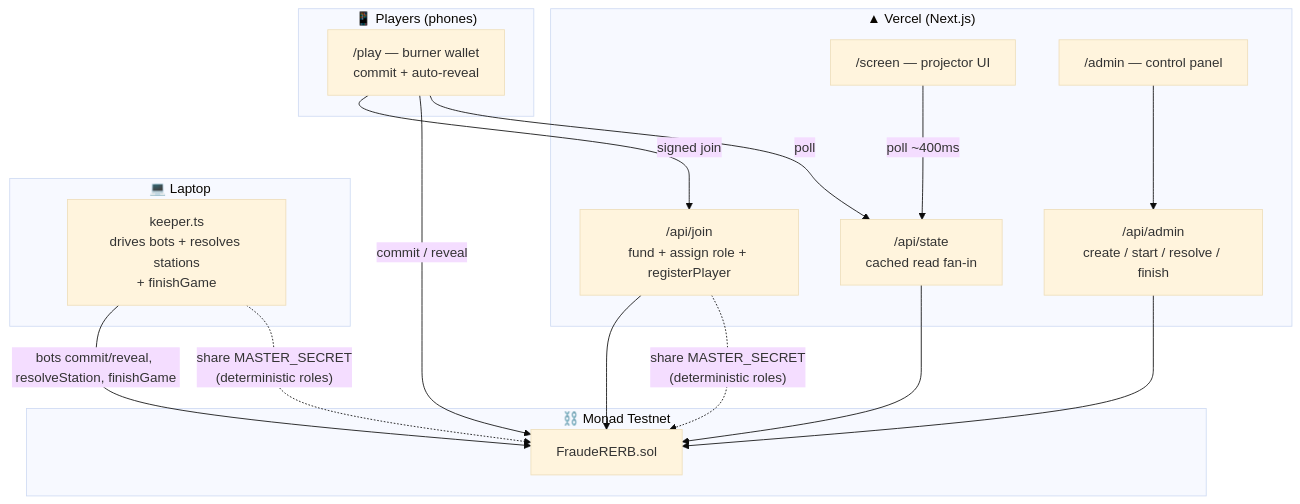
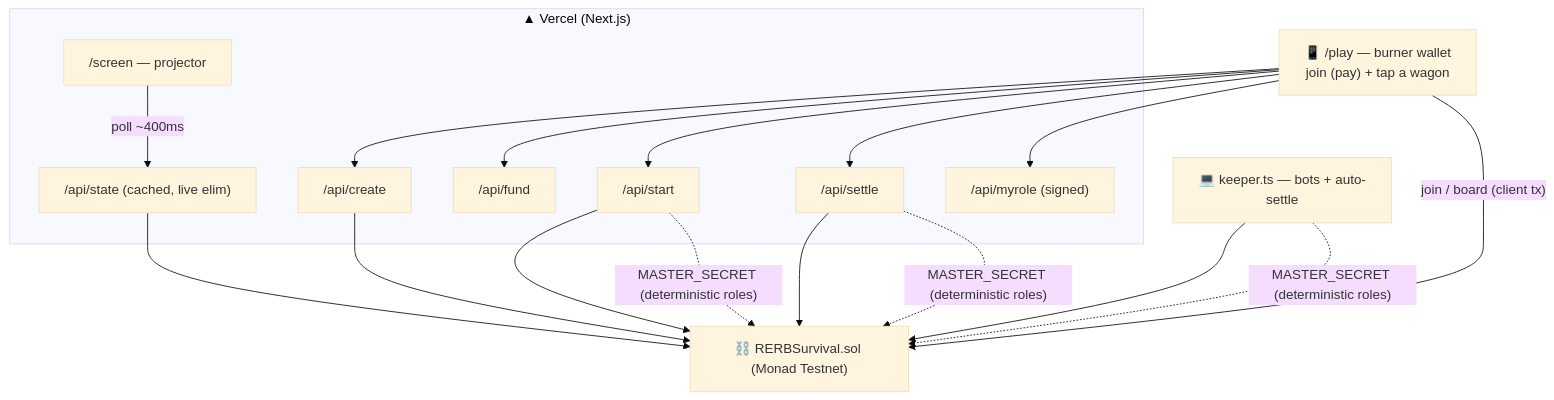
One commit to abaresks24/monad-blitz-paris changed the diagram in README.md. Above: the diagram before and after it, drawn with Mermaid (base theme). The commit also changed other lines of this file, not shown here.

Commit message:
docs: README rewritten for V2 survival game (rules, trustless settle, addresses, demo runbook)

````diff
--- a/README.md
+++ b/README.md
@@ -72,28 +39,16 @@
 ```mermaid
 flowchart TD
-  subgraph Phones["📱 Players (phones)"]
-    P["/play — burner wallet<br/>commit + auto-reveal"]
+  P["📱 /play — burner wallet<br/>join (pay) + tap a wagon"]
+  subgraph Vercel["▲ Vercel (Next.js)"]
+    CREATE["/api/create"]; FUND["/api/fund"]; START["/api/start"]; SETTLE["/api/settle"]
+    MYROLE["/api/myrole (signed)"]; STATE["/api/state (cached, live elim)"]
+    SCREEN["/screen — projector"]
   end
-  subgraph Vercel["▲ Vercel (Next.js)"]
-    JOIN["/api/join<br/>fund + assign role + registerPlayer"]
-    STATE["/api/state<br/>cached read fan-in"]
-    ADMIN["/api/admin<br/>create / start / resolve / finish"]
-    SCREEN["/screen — projector UI"]
-    ADMINUI["/admin — control panel"]
-  end
-  subgraph Laptop["💻 Laptop"]
-    KEEPER["keeper.ts<br/>drives bots + resolves stations<br/>+ finishGame"]
-  end
-  subgraph Monad["⛓️ Monad Testnet"]
-    C["FraudeRERB.sol"]
-  end
-
-  P -- "signed join" --> JOIN --> C
-  P -- "commit / reveal" --> C
-  KEEPER -- "bots commit/reveal, resolveStation, finishGame" --> C
-  ADMIN --> C
+  KEEPER["💻 keeper.ts — bots + auto-settle"]
+  C["⛓️ RERBSurvival.sol (Monad Testnet)"]
+  P -- "join / board (client tx)" --> C
+  P --> CREATE & FUND & START & SETTLE & MYROLE
+  CREATE & START & SETTLE & KEEPER --> C
   SCREEN -- "poll ~400ms" --> STATE --> C
-  P -- "poll" --> STATE
-  ADMINUI --> ADMIN
-  JOIN & KEEPER -. "share MASTER_SECRET<br/>(deterministic roles)" .-> C
+  START & SETTLE & KEEPER -. "MASTER_SECRET (deterministic roles)" .-> C
 ```
````
